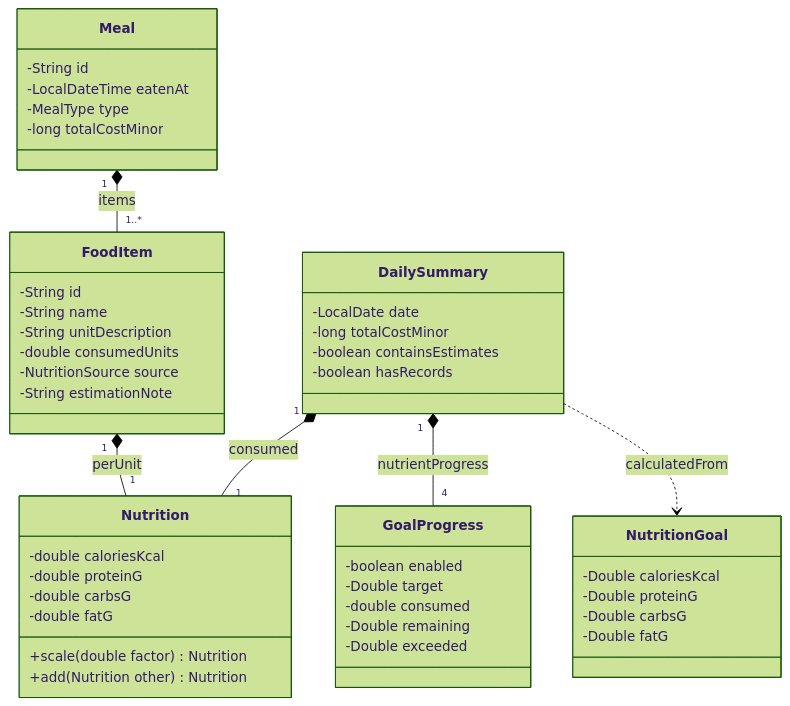
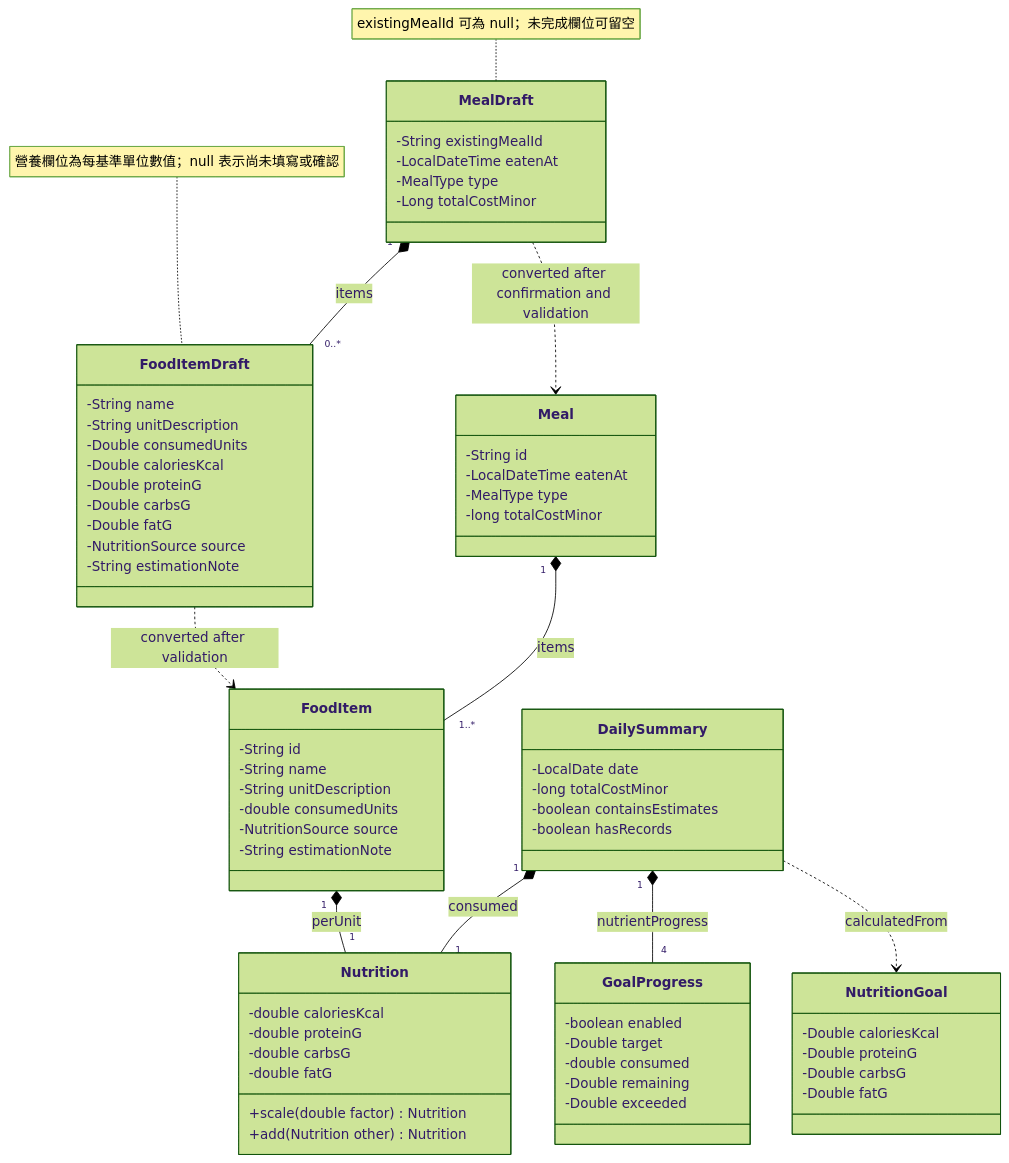
Before and after one commit to chuanmin0317/food-ledger: the third of 5 diagrams in README.md, drawn with Mermaid (forest theme). The commit also changed other lines of this file, not shown here.

````diff
--- a/README.md
+++ b/README.md
@@ -201,50 +228,72 @@
 ```mermaid
 classDiagram
 direction TB
+class MealDraft {
+    -String existingMealId
+    -LocalDateTime eatenAt
+    -MealType type
+    -Long totalCostMinor
+}
+class FoodItemDraft {
+    -String name
+    -String unitDescription
+    -Double consumedUnits
+    -Double caloriesKcal
+    -Double proteinG
+    -Double carbsG
+    -Double fatG
+    -NutritionSource source
+    -String estimationNote
+}
+note for MealDraft "existingMealId 可為 null；未完成欄位可留空"
+note for FoodItemDraft "營養欄位為每基準單位數值；null 表示尚未填寫或確認"
 class Meal {
     -String id
     -LocalDateTime eatenAt
     -MealType type
     -long totalCostMinor
 }
 class FoodItem {
     -String id
     -String name
     -String unitDescription
     -double consumedUnits
     -NutritionSource source
     -String estimationNote
 }
 class Nutrition {
     -double caloriesKcal
     -double proteinG
     -double carbsG
     -double fatG
     +scale(double factor) Nutrition
     +add(Nutrition other) Nutrition
 }
 class NutritionGoal {
     -Double caloriesKcal
     -Double proteinG
     -Double carbsG
     -Double fatG
 }
 class GoalProgress {
     -boolean enabled
     -Double target
     -double consumed
     -Double remaining
     -Double exceeded
 }
 class DailySummary {
     -LocalDate date
     -long totalCostMinor
     -boolean containsEstimates
     -boolean hasRecords
 }
+MealDraft "1" *-- "0..*" FoodItemDraft : items
+MealDraft ..> Meal : converted after confirmation and validation
+FoodItemDraft ..> FoodItem : converted after validation
 Meal "1" *-- "1..*" FoodItem : items
 FoodItem "1" *-- "1" Nutrition : perUnit
 DailySummary "1" *-- "1" Nutrition : consumed
 DailySummary "1" *-- "4" GoalProgress : nutrientProgress
 DailySummary ..> NutritionGoal : calculatedFrom
 ```
````
